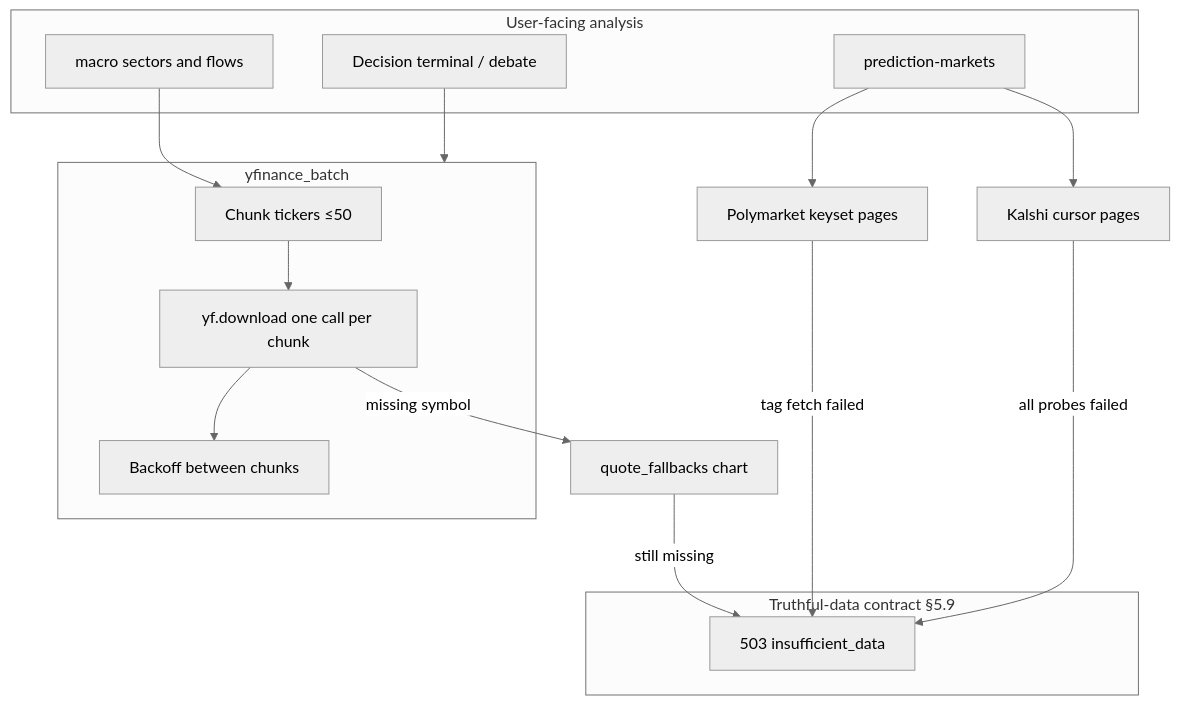
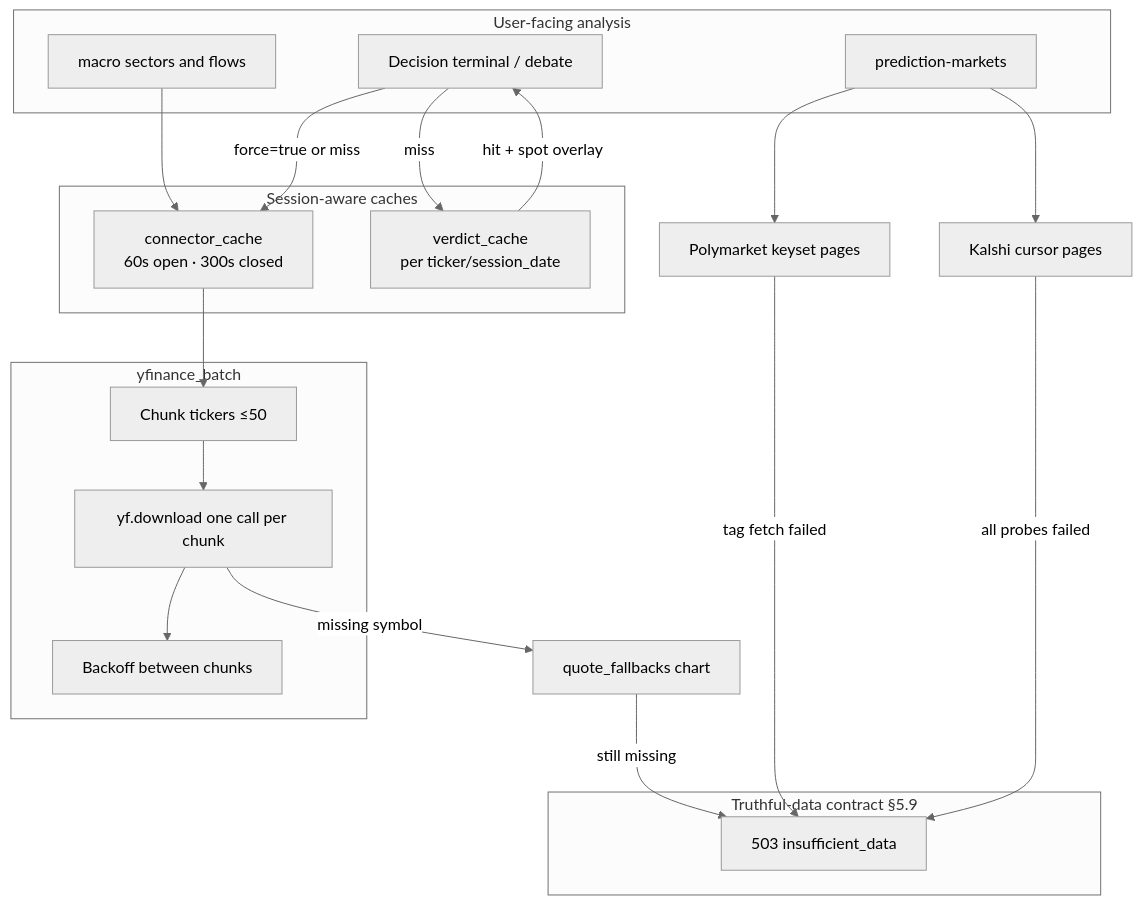
One commit to manojsilwal/tradetalkapp changed the fourth of 6 diagrams in docs/ARCHITECTURE.md. Above: the diagram before and after it, drawn with Mermaid (neutral theme). The commit also changed other lines of this file, not shown here.

First line of the commit message:
Update architecture diagrams for GCP Cloud Run + freshness work

````diff
--- a/docs/ARCHITECTURE.md
+++ b/docs/ARCHITECTURE.md
@@ -498,24 +514,30 @@
 ```mermaid
 flowchart TB
   subgraph user [User-facing analysis]
     DT[Decision terminal / debate]
     MACRO["macro sectors and flows"]
     PMEP["prediction-markets"]
+  end
+  subgraph cache [Session-aware caches]
+    CC[connector_cache<br/>60s open · 300s closed]
+    VC[verdict_cache<br/>per ticker/session_date]
   end
   subgraph batch [yfinance_batch]
     CHUNK[Chunk tickers ≤50]
     DL[yf.download one call per chunk]
     BACK[Backoff between chunks]
   end
   subgraph truth [Truthful-data contract §5.9]
     ERR[503 insufficient_data]
   end
-  MACRO --> CHUNK --> DL --> BACK
+  MACRO --> CC --> CHUNK --> DL --> BACK
   DL -->|missing symbol| FB[quote_fallbacks chart]
   FB -->|still missing| ERR
   PMEP --> POLY[Polymarket keyset pages]
   PMEP --> KAL[Kalshi cursor pages]
   POLY -->|tag fetch failed| ERR
   KAL -->|all probes failed| ERR
-  DT --> batch
+  DT -->|miss| VC
+  VC -->|hit + spot overlay| DT
+  DT -->|force=true or miss| CC
 ```
````
